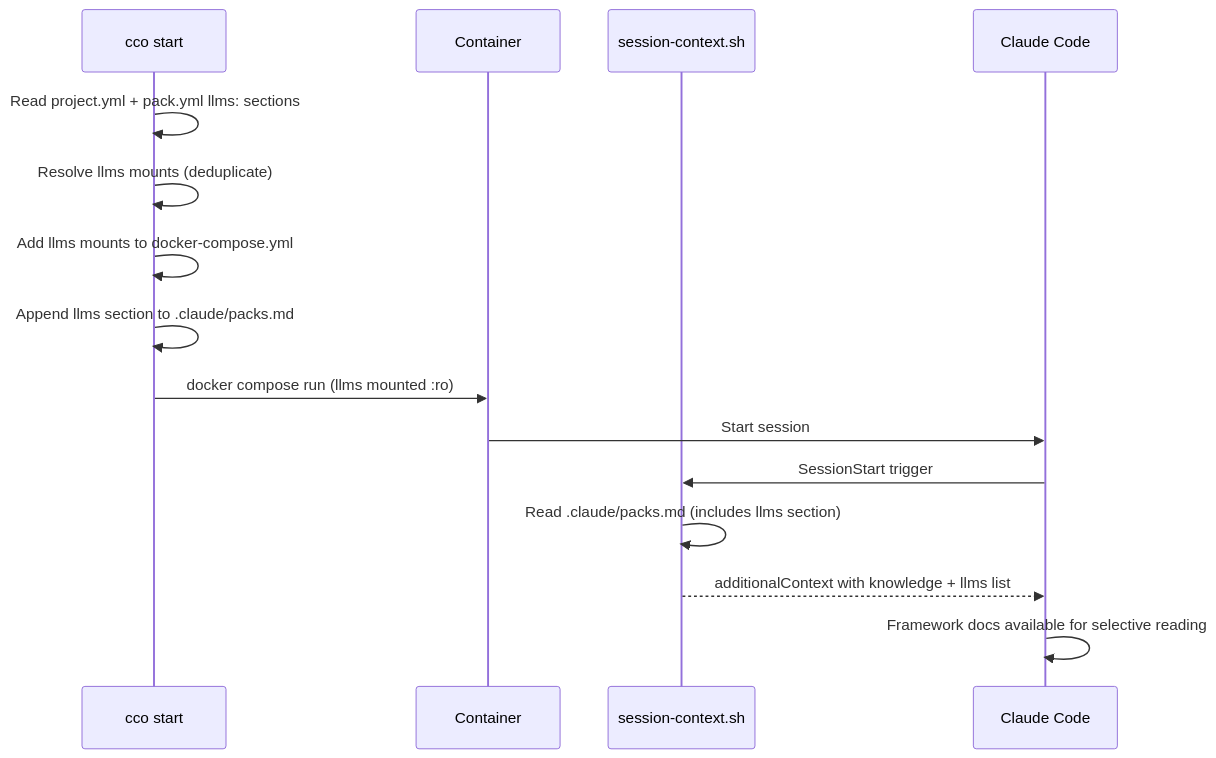
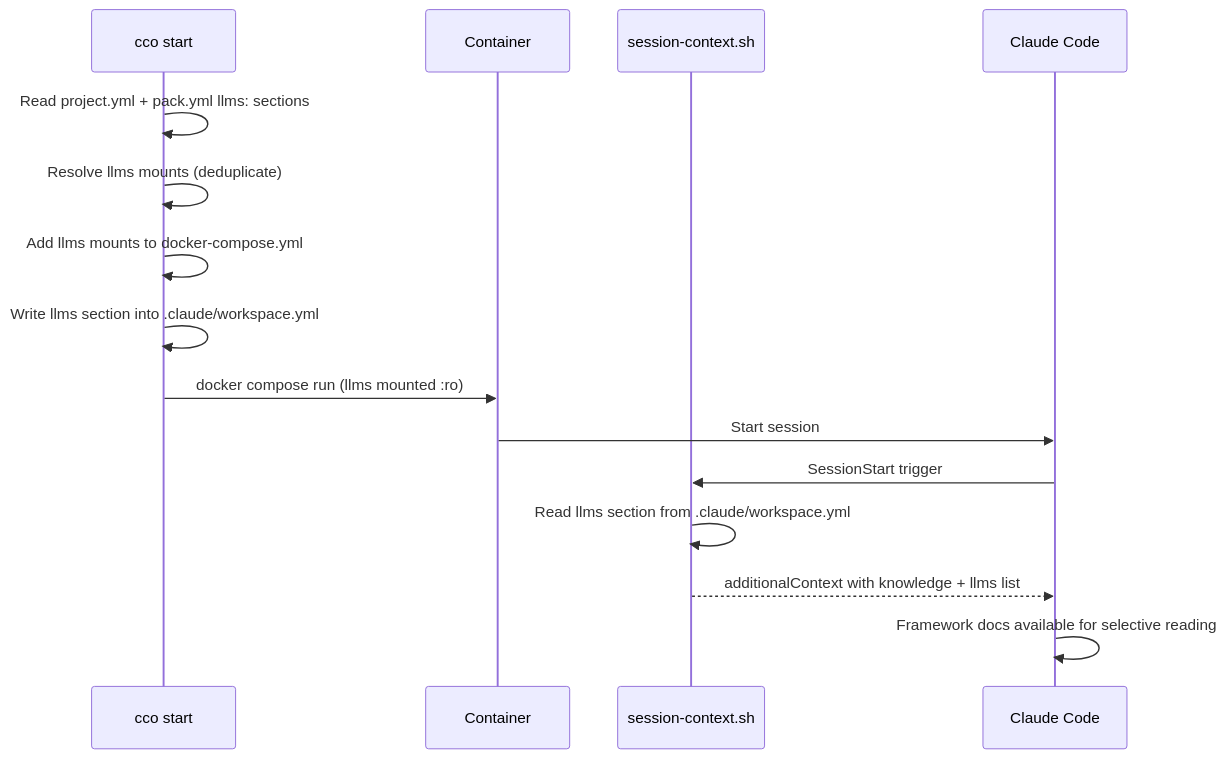
One commit to alergyonthestage/claude-orchestrator changed the second of 2 diagrams in docs/maintainers/configuration/llms/design/design-llms.md. Above: the diagram before and after it, drawn with Mermaid. The commit also changed other lines of this file and 18 other files, not shown here.

First line of the commit message:
docs: repoint packs.md → unified workspace.yml surface (ADR-0041 R1)

````diff
--- a/docs/maintainers/configuration/llms/design/design-llms.md
+++ b/docs/maintainers/configuration/llms/design/design-llms.md
@@ -379,18 +375,18 @@
 ```mermaid
 sequenceDiagram
     participant CLI as cco start
     participant Docker as Container
     participant Hook as session-context.sh
     participant Claude as Claude Code
 
     CLI->>CLI: Read project.yml + pack.yml llms: sections
     CLI->>CLI: Resolve llms mounts (deduplicate)
     CLI->>CLI: Add llms mounts to docker-compose.yml
-    CLI->>CLI: Append llms section to .claude/packs.md
+    CLI->>CLI: Write llms section into .claude/workspace.yml
     CLI->>Docker: docker compose run (llms mounted :ro)
     Docker->>Claude: Start session
     Claude->>Hook: SessionStart trigger
-    Hook->>Hook: Read .claude/packs.md (includes llms section)
+    Hook->>Hook: Read llms section from .claude/workspace.yml
     Hook-->>Claude: additionalContext with knowledge + llms list
     Claude->>Claude: Framework docs available for selective reading
 ```
````
